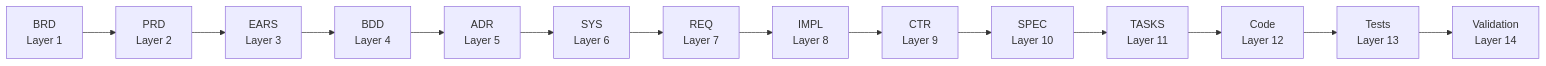
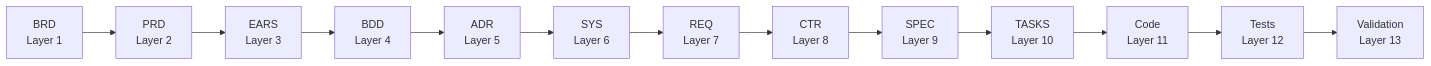
Before and after one commit to vladm3105/aidoc-flow-framework: the first of 5 diagrams in ai_dev_flow/README.md, drawn with Mermaid. The commit also changed other lines of this file and 146 other files, not shown here.

Commit message:
refactor: Restructure documentation framework by reordering CTR, SPEC, and TASKS layers and removing the IMPL layer.

````diff
--- a/ai_dev_flow/README.md
+++ b/ai_dev_flow/README.md
@@ -216,16 +215,15 @@
 ```mermaid
 flowchart LR
     BRD[BRD<br/>Layer 1] --> PRD[PRD<br/>Layer 2]
     PRD --> EARS[EARS<br/>Layer 3]
     EARS --> BDD[BDD<br/>Layer 4]
     BDD --> ADR[ADR<br/>Layer 5]
     ADR --> SYS[SYS<br/>Layer 6]
     SYS --> REQ[REQ<br/>Layer 7]
-    REQ --> IMPL[IMPL<br/>Layer 8]
-    IMPL --> CTR[CTR<br/>Layer 9]
-    CTR --> SPEC[SPEC<br/>Layer 10]
-    SPEC --> TASKS[TASKS<br/>Layer 11]
-    TASKS --> Code[Code<br/>Layer 12]
-    Code --> Tests[Tests<br/>Layer 13]
-    Tests --> Val[Validation<br/>Layer 14]
+    REQ --> CTR[CTR<br/>Layer 8]
+    CTR --> SPEC[SPEC<br/>Layer 9]
+    SPEC --> TASKS[TASKS<br/>Layer 10]
+    TASKS --> Code[Code<br/>Layer 11]
+    Code --> Tests[Tests<br/>Layer 12]
+    Tests --> Val[Validation<br/>Layer 13]
 ```
````
